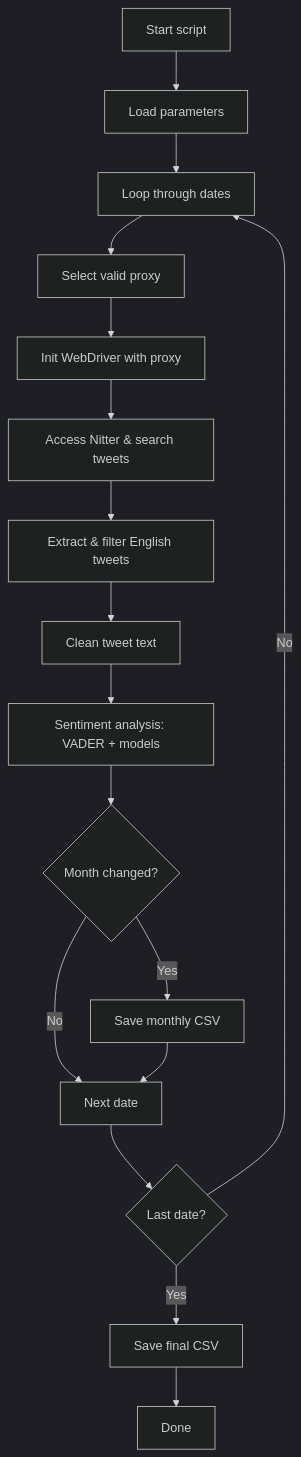
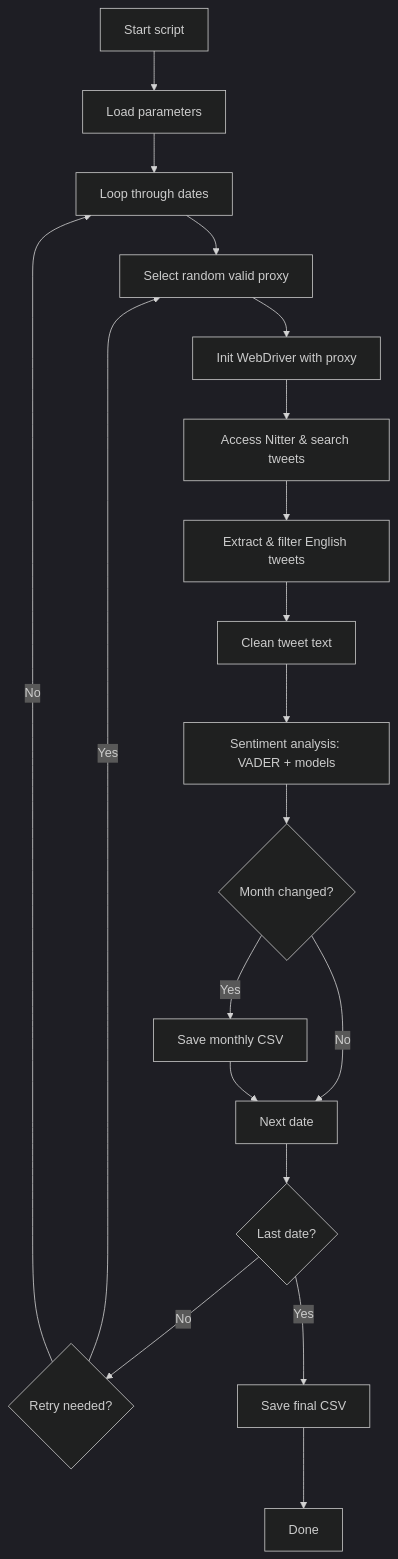
The diagram in Data_preparation/README.md (LimamS-GitHub/Market_sentiment_analysis), drawn with Mermaid (dark theme) before and after one commit. The commit also changed other lines of this file, not shown here.

````diff
--- a/Data_preparation/README.md
+++ b/Data_preparation/README.md
@@ -55,19 +59,21 @@
 ```mermaid
 graph TD
     Start[Start script] --> LoadParams[Load parameters]
     LoadParams --> LoopDates[Loop through dates]
-    LoopDates --> GetProxy[Select valid proxy]
+    LoopDates --> GetProxy[Select random valid proxy]
     GetProxy --> LaunchDriver[Init WebDriver with proxy]
     LaunchDriver --> AccessNitter[Access Nitter & search tweets]
     AccessNitter --> Extract[Extract & filter English tweets]
     Extract --> Clean[Clean tweet text]
     Clean --> Analyze[Sentiment analysis: VADER + models]
     Analyze --> MonthCheck{Month changed?}
     MonthCheck -- Yes --> SaveMonth[Save monthly CSV]
     MonthCheck -- No --> ContinueDate[Next date]
     SaveMonth --> ContinueDate
     ContinueDate --> FinalCheck{Last date?}
-    FinalCheck -- No --> LoopDates
+    FinalCheck -- No --> Retry{Retry needed?}
+    Retry -- Yes --> GetProxy
+    Retry -- No --> LoopDates
     FinalCheck -- Yes --> SaveAll[Save final CSV]
     SaveAll --> End[Done]
 ```
````
